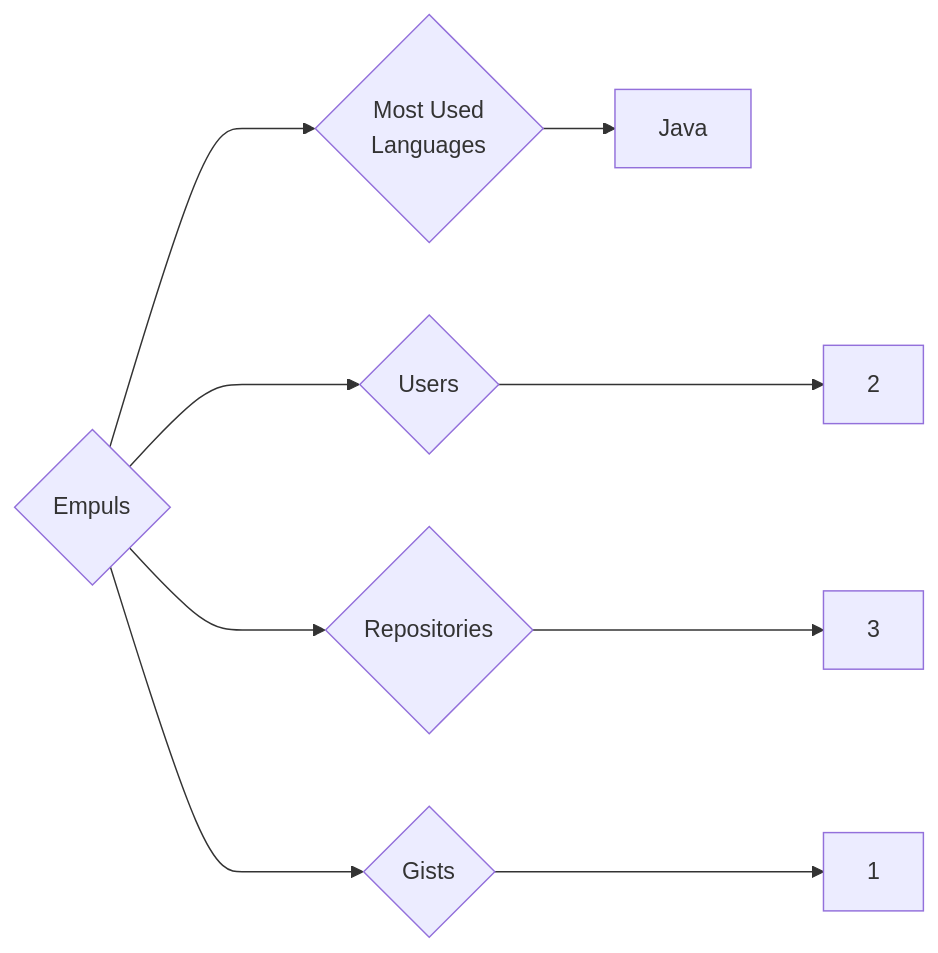
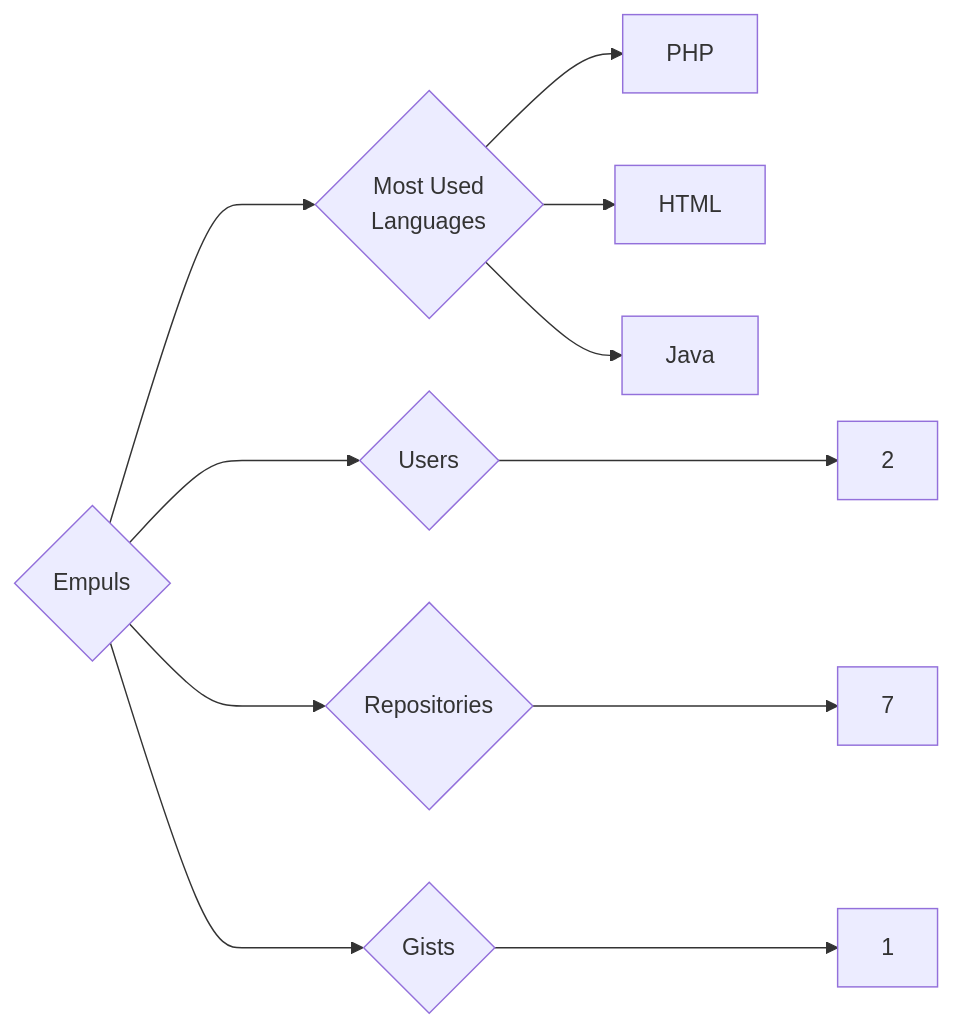
The diagram in targets/Empuls/README.md (trickest/insiders), drawn with Mermaid before and after one commit. The commit also changed 1084 other files, not shown here.

````diff
--- a/targets/Empuls/README.md
+++ b/targets/Empuls/README.md
@@ -3,9 +3,11 @@
 ```mermaid
 graph LR
 COMPANY_NAME{Empuls}
 COMPANY_NAME ---> U{Users} ---> UN[2]
-COMPANY_NAME ---> R{Repositories} ---> RN[3]
+COMPANY_NAME ---> R{Repositories} ---> RN[7]
 COMPANY_NAME ---> G{Gists} ---> GN[1]
 COMPANY_NAME ---> ML{Most Used<br>Languages}
+ML --> PHP[PHP]
+ML --> HTML[HTML]
 ML --> Java[Java]
 ```
````
